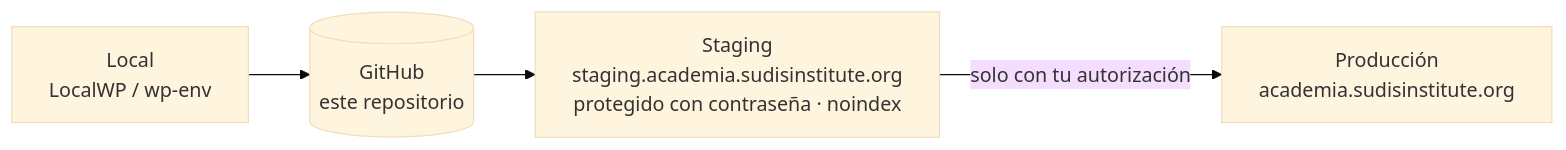
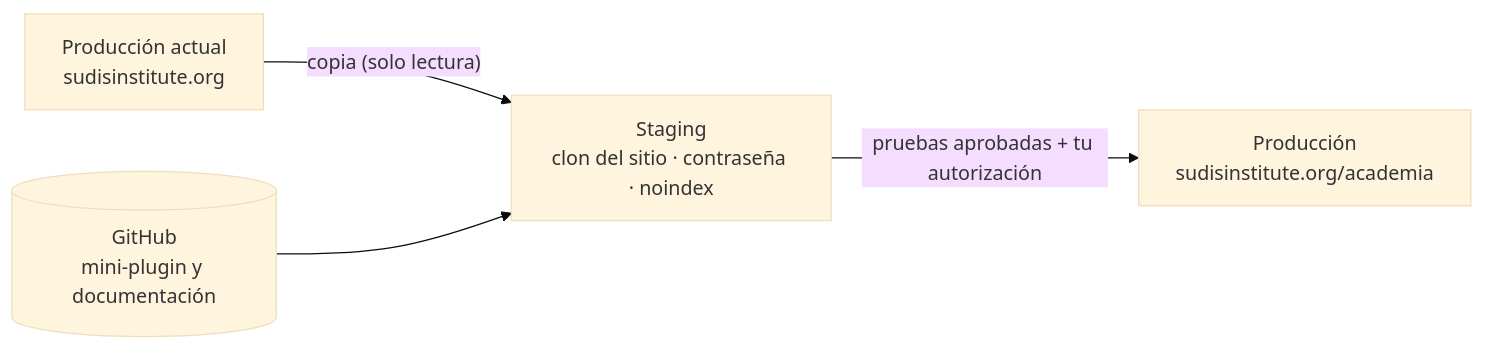
One commit to christianely467-png/Sudis-academy- changed the third of 3 diagrams in docs/01-arquitectura.md. Above: the diagram before and after it, drawn with Mermaid (base theme). The commit also changed other lines of this file and 5 other files, not shown here.

````diff
--- a/docs/01-arquitectura.md
+++ b/docs/01-arquitectura.md
@@ -142,6 +144,6 @@
 ```mermaid
 flowchart LR
-    L[Local<br/>LocalWP / wp-env] --> G[(GitHub<br/>este repositorio)]
-    G --> S[Staging<br/>staging.academia.sudisinstitute.org<br/>protegido con contraseña · noindex]
-    S -- "solo con tu autorización" --> P[Producción<br/>academia.sudisinstitute.org]
+    P0[Producción actual<br/>sudisinstitute.org] -- "copia (solo lectura)" --> S[Staging<br/>clon del sitio · contraseña · noindex]
+    S -- "pruebas aprobadas + tu autorización" --> P1[Producción<br/>sudisinstitute.org/academia]
+    G[(GitHub<br/>mini-plugin y documentación)] --> S
 ```
````
